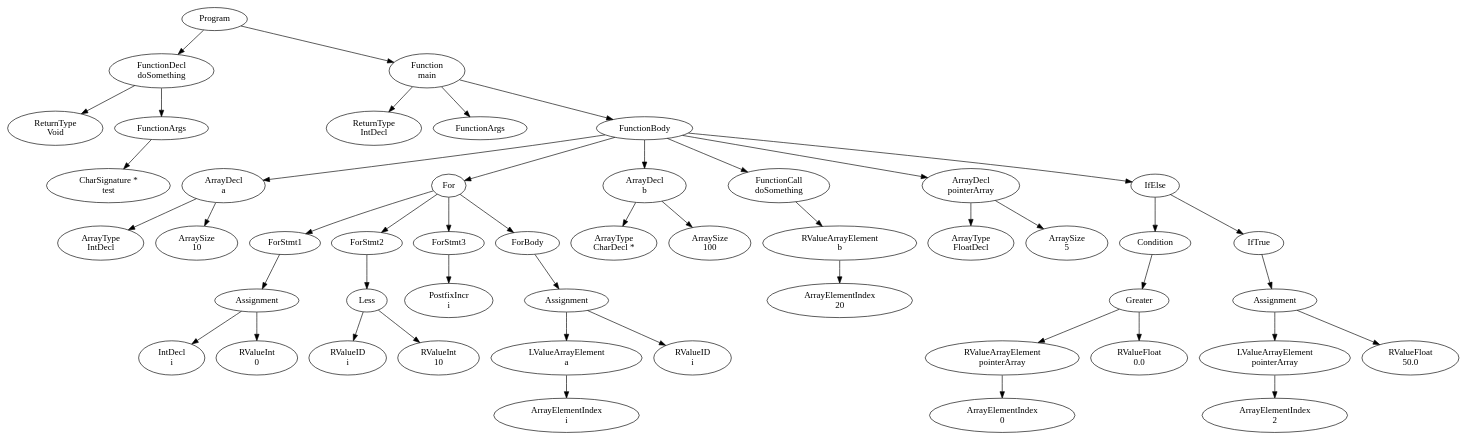
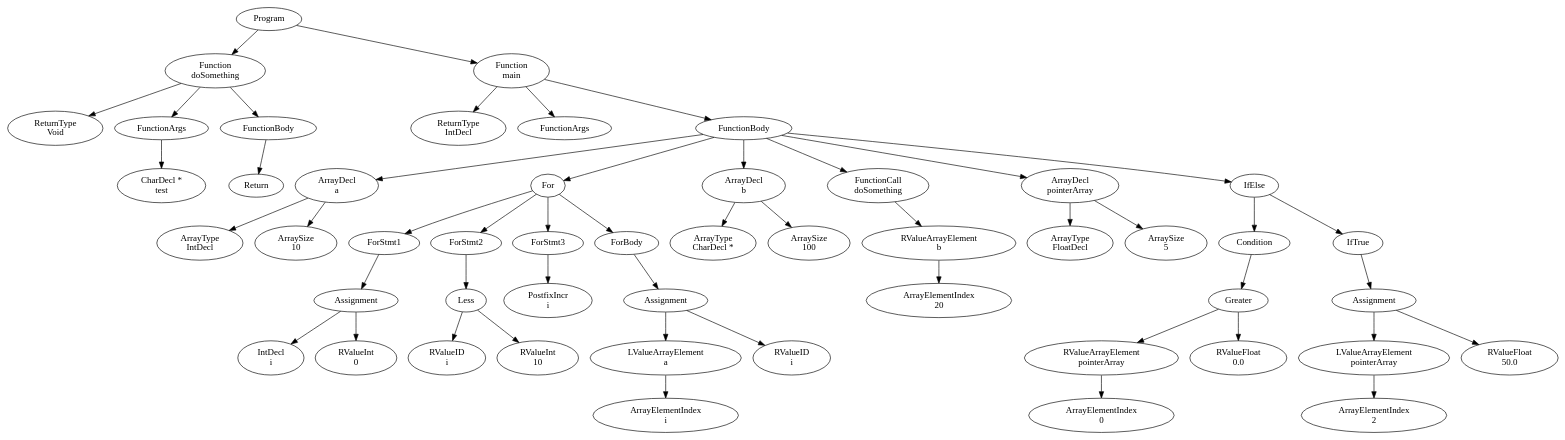
The diagram in official/res/solutions/arrays.dot (FedericoQuin/Compilers), drawn with Graphviz before and after one commit. The commit also changed 20 other files, not shown here.

```diff
--- a/official/res/solutions/arrays.dot
+++ b/official/res/solutions/arrays.dot
@@ -1,97 +1,101 @@
 digraph AST {
 2 [label="Program"];
-3 [label="FunctionDecl \ndoSomething"];
+3 [label="Function \ndoSomething"];
 4 [label="ReturnType \nVoid"];
 5 [label="FunctionArgs"];
-6 [label="CharSignature * \ntest"];
+6 [label="CharDecl * \ntest"];
 5 -> 6;
+7 [label="FunctionBody"];
+8 [label="Return"];
+7 -> 8;
 3 -> 4;
 3 -> 5;
-7 [label="Function \nmain"];
-8 [label="ReturnType \nIntDecl"];
-9 [label="FunctionArgs"];
-10 [label="FunctionBody"];
-11 [label="ArrayDecl \na"];
-12 [label="ArrayType \nIntDecl"];
-13 [label="ArraySize \n10"];
-11 -> 12;
-11 -> 13;
-14 [label="For"];
-15 [label="ForStmt1"];
-16 [label="Assignment"];
-17 [label="IntDecl \ni"];
-18 [label="RValueInt \n0"];
+3 -> 7;
+9 [label="Function \nmain"];
+10 [label="ReturnType \nIntDecl"];
+11 [label="FunctionArgs"];
+12 [label="FunctionBody"];
+13 [label="ArrayDecl \na"];
+14 [label="ArrayType \nIntDecl"];
+15 [label="ArraySize \n10"];
+13 -> 14;
+13 -> 15;
+16 [label="For"];
+17 [label="ForStmt1"];
+18 [label="Assignment"];
+19 [label="IntDecl \ni"];
+20 [label="RValueInt \n0"];
+18 -> 19;
+18 -> 20;
+17 -> 18;
+21 [label="ForStmt2"];
+22 [label="Less"];
+23 [label="RValueID \ni"];
+24 [label="RValueInt \n10"];
+22 -> 23;
+22 -> 24;
+21 -> 22;
+25 [label="ForStmt3"];
+26 [label="PostfixIncr \ni"];
+25 -> 26;
+27 [label="ForBody"];
+28 [label="Assignment"];
+29 [label="LValueArrayElement \na"];
+30 [label="ArrayElementIndex \ni"];
+29 -> 30;
+31 [label="RValueID \ni"];
+28 -> 29;
+28 -> 31;
+27 -> 28;
 16 -> 17;
-16 -> 18;
-15 -> 16;
-19 [label="ForStmt2"];
-20 [label="Less"];
-21 [label="RValueID \ni"];
-22 [label="RValueInt \n10"];
-20 -> 21;
-20 -> 22;
-19 -> 20;
-23 [label="ForStmt3"];
-24 [label="PostfixIncr \ni"];
-23 -> 24;
-25 [label="ForBody"];
-26 [label="Assignment"];
-27 [label="LValueArrayElement \na"];
-28 [label="ArrayElementIndex \ni"];
-27 -> 28;
-29 [label="RValueID \ni"];
-26 -> 27;
-26 -> 29;
-25 -> 26;
-14 -> 15;
-14 -> 19;
-14 -> 23;
-14 -> 25;
-30 [label="ArrayDecl \nb"];
-31 [label="ArrayType \nCharDecl *"];
-32 [label="ArraySize \n100"];
-30 -> 31;
-30 -> 32;
-33 [label="FunctionCall \ndoSomething"];
-34 [label="RValueArrayElement \nb"];
-35 [label="ArrayElementIndex \n20"];
-34 -> 35;
-33 -> 34;
-36 [label="ArrayDecl \npointerArray"];
-37 [label="ArrayType \nFloatDecl"];
-38 [label="ArraySize \n5"];
+16 -> 21;
+16 -> 25;
+16 -> 27;
+32 [label="ArrayDecl \nb"];
+33 [label="ArrayType \nCharDecl *"];
+34 [label="ArraySize \n100"];
+32 -> 33;
+32 -> 34;
+35 [label="FunctionCall \ndoSomething"];
+36 [label="RValueArrayElement \nb"];
+37 [label="ArrayElementIndex \n20"];
 36 -> 37;
-36 -> 38;
-39 [label="IfElse"];
-40 [label="Condition"];
-41 [label="Greater"];
-42 [label="RValueArrayElement \npointerArray"];
-43 [label="ArrayElementIndex \n0"];
+35 -> 36;
+38 [label="ArrayDecl \npointerArray"];
+39 [label="ArrayType \nFloatDecl"];
+40 [label="ArraySize \n5"];
+38 -> 39;
+38 -> 40;
+41 [label="IfElse"];
+42 [label="Condition"];
+43 [label="Greater"];
+44 [label="RValueArrayElement \npointerArray"];
+45 [label="ArrayElementIndex \n0"];
+44 -> 45;
+46 [label="RValueFloat \n0.0"];
+43 -> 44;
+43 -> 46;
 42 -> 43;
-44 [label="RValueFloat \n0.0"];
+47 [label="IfTrue"];
+48 [label="Assignment"];
+49 [label="LValueArrayElement \npointerArray"];
+50 [label="ArrayElementIndex \n2"];
+49 -> 50;
+51 [label="RValueFloat \n50.0"];
+48 -> 49;
+48 -> 51;
+47 -> 48;
 41 -> 42;
-41 -> 44;
-40 -> 41;
-45 [label="IfTrue"];
-46 [label="Assignment"];
-47 [label="LValueArrayElement \npointerArray"];
-48 [label="ArrayElementIndex \n2"];
-47 -> 48;
-49 [label="RValueFloat \n50.0"];
-46 -> 47;
-46 -> 49;
-45 -> 46;
-39 -> 40;
-39 -> 45;
-10 -> 11;
-10 -> 14;
-10 -> 30;
-10 -> 33;
-10 -> 36;
-10 -> 39;
-7 -> 8;
-7 -> 9;
-7 -> 10;
+41 -> 47;
+12 -> 13;
+12 -> 16;
+12 -> 32;
+12 -> 35;
+12 -> 38;
+12 -> 41;
+9 -> 10;
+9 -> 11;
+9 -> 12;
 2 -> 3;
-2 -> 7;
+2 -> 9;
 }
```
